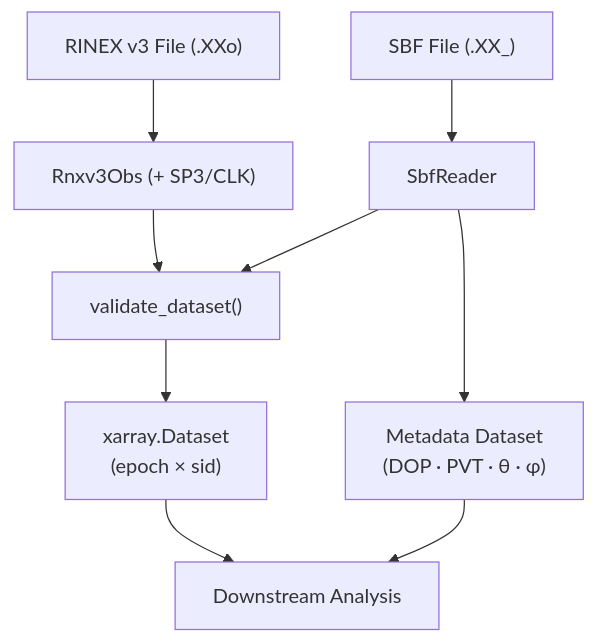
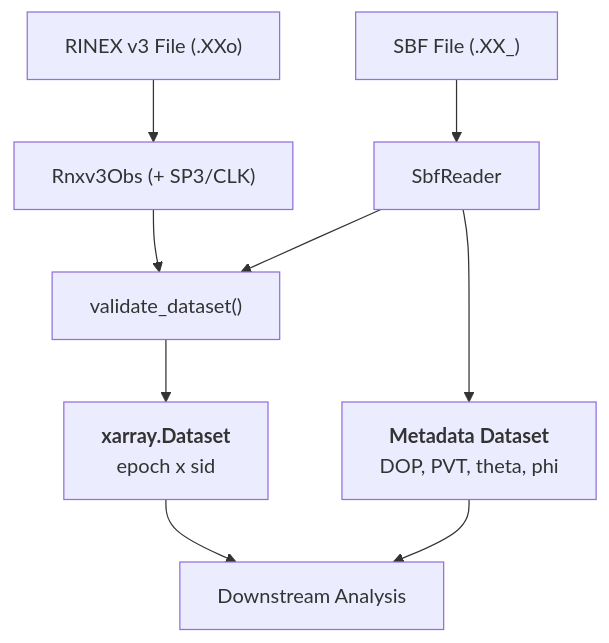
The diagram in docs/packages/readers/overview.md (konstantinschellenberg/canvodpy), drawn with Mermaid before and after one commit. The commit also changed other lines of this file and 38 other files, not shown here.

````diff
--- a/docs/packages/readers/overview.md
+++ b/docs/packages/readers/overview.md
@@ -55,11 +55,13 @@
 ```mermaid
 graph TD
     A1["RINEX v3 File (.XXo)"] --> B1["Rnxv3Obs (+ SP3/CLK)"]
     A2["SBF File (.XX_)"] --> B2["SbfReader"]
     B1 --> C["validate_dataset()"]
     B2 --> C
-    C --> D["xarray.Dataset\n(epoch × sid)"]
-    B2 --> E["Metadata Dataset\n(DOP · PVT · θ · φ)"]
+    C --> D["`**xarray.Dataset**
+    epoch x sid`"]
+    B2 --> E["`**Metadata Dataset**
+    DOP, PVT, theta, phi`"]
     D --> F["Downstream Analysis"]
     E --> F
 ```
````
